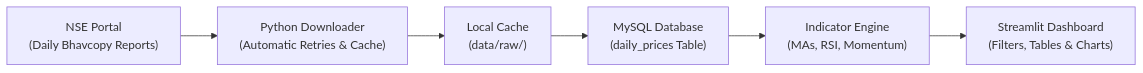
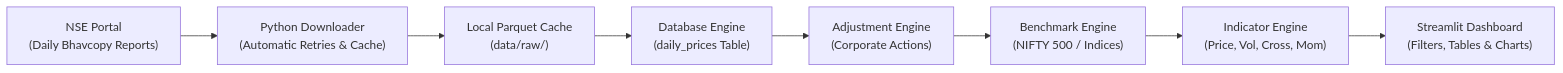
The diagram in README.md (YashSharma333/nse-screener), drawn with Mermaid before and after one commit. The commit also changed other lines of this file and 33 other files, not shown here.

````diff
--- a/README.md
+++ b/README.md
@@ -37,8 +39,10 @@
 ```mermaid
 flowchart LR
     A["NSE Portal\n(Daily Bhavcopy Reports)"] --> B["Python Downloader\n(Automatic Retries & Cache)"]
-    B --> C["Local Cache\n(data/raw/)"]
-    C --> D["MySQL Database\n(daily_prices Table)"]
-    D --> E["Indicator Engine\n(MAs, RSI, Momentum)"]
-    E --> F["Streamlit Dashboard\n(Filters, Tables & Charts)"]
+    B --> C["Local Parquet Cache\n(data/raw/)"]
+    C --> D["Database Engine\n(daily_prices Table)"]
+    D --> E["Adjustment Engine\n(Corporate Actions)"]
+    E --> F["Benchmark Engine\n(NIFTY 500 / Indices)"]
+    F --> G["Indicator Engine\n(Price, Vol, Cross, Mom)"]
+    G --> H["Streamlit Dashboard\n(Filters, Tables & Charts)"]
 ```
````
